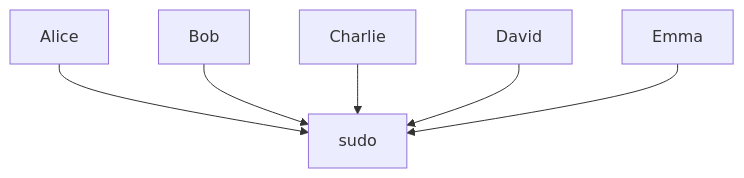
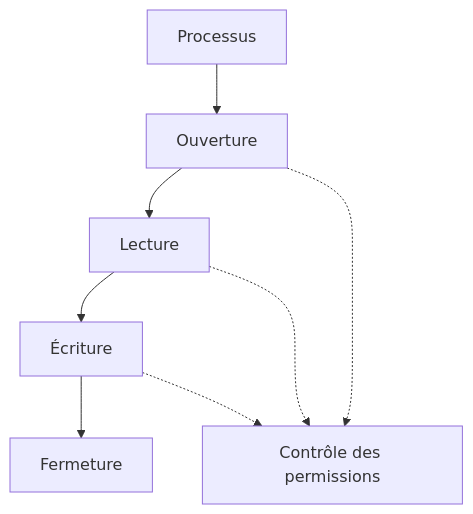
Diagram 15 of 21 in campagne 1/1.7.md (tdelaclos/formations), drawn with Mermaid before and after one commit. The commit also changed other lines of this file, not shown here.

````diff
--- a/campagne 1/1.7.md
+++ b/campagne 1/1.7.md
@@ -604,21 +905,17 @@
 ```mermaid
 flowchart TD
 
-A["Alice"]
+A["Processus"]
 
-B["Bob"]
+A --> B["Ouverture"]
 
-C["Charlie"]
+B --> C["Lecture"]
 
-D["David"]
+C --> D["Écriture"]
 
-E["Emma"]
+D --> E["Fermeture"]
 
-F["sudo"]
-
-A --> F
-B --> F
-C --> F
-D --> F
-E --> F
+B -.-> F["Contrôle des permissions"]
+C -.-> F
+D -.-> F
 ```
````
